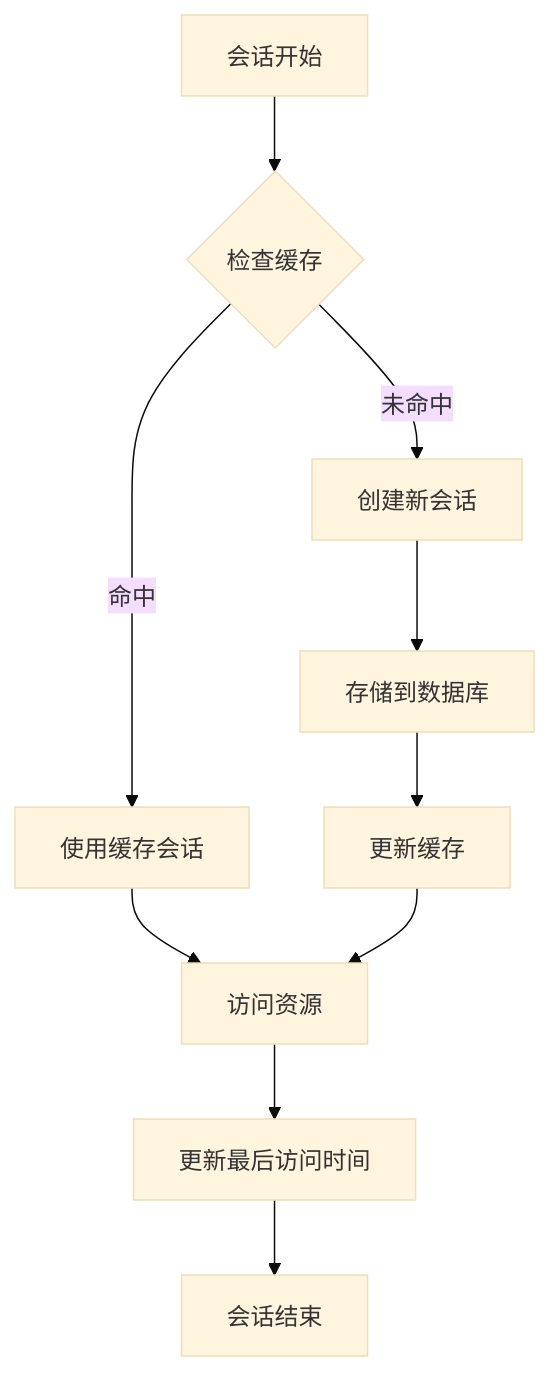
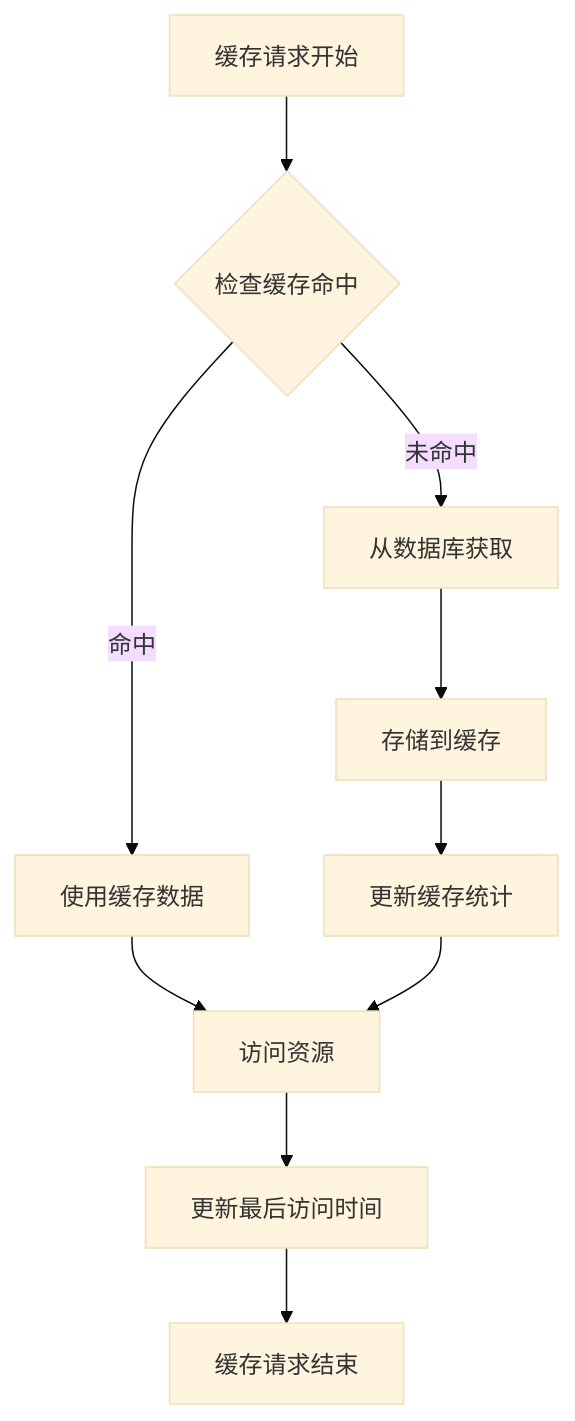
Diagram 15 of 15 in .qoder/repowiki/zh/content/核心功能开发/安全配置.md (gree-coder/fund-butler), drawn with Mermaid (base theme) before and after one commit. The commit also changed other lines of this file and 10 other files, not shown here.

````diff
--- a/.qoder/repowiki/zh/content/核心功能开发/安全配置.md
+++ b/.qoder/repowiki/zh/content/核心功能开发/安全配置.md
@@ -448,12 +510,12 @@
 ```mermaid
 flowchart TD
-SESSION_START[会话开始] --> CHECK_CACHE{检查缓存}
-CHECK_CACHE --> |命中| USE_CACHE[使用缓存会话]
-CHECK_CACHE --> |未命中| CREATE_SESSION[创建新会话]
-CREATE_SESSION --> STORE_DB[存储到数据库]
-STORE_DB --> UPDATE_CACHE[更新缓存]
+CACHE_START[缓存请求开始] --> CHECK_CACHE{检查缓存命中}
+CHECK_CACHE --> |命中| USE_CACHE[使用缓存数据]
+CHECK_CACHE --> |未命中| FETCH_DATA[从数据库获取]
+FETCH_DATA --> STORE_CACHE[存储到缓存]
+STORE_CACHE --> UPDATE_CACHE[更新缓存统计]
 USE_CACHE --> ACCESS_RESOURCE[访问资源]
 UPDATE_CACHE --> ACCESS_RESOURCE
 ACCESS_RESOURCE --> UPDATE_LAST_ACCESS[更新最后访问时间]
-UPDATE_LAST_ACCESS --> END[会话结束]
+UPDATE_LAST_ACCESS --> END[缓存请求结束]
 ```
````
